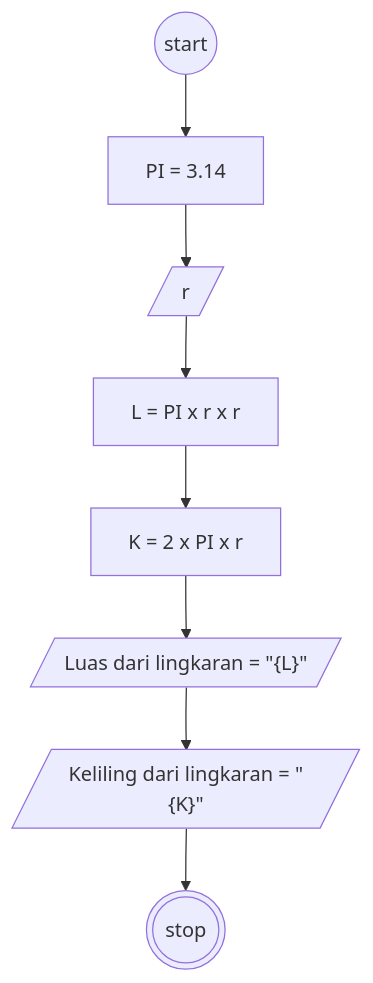
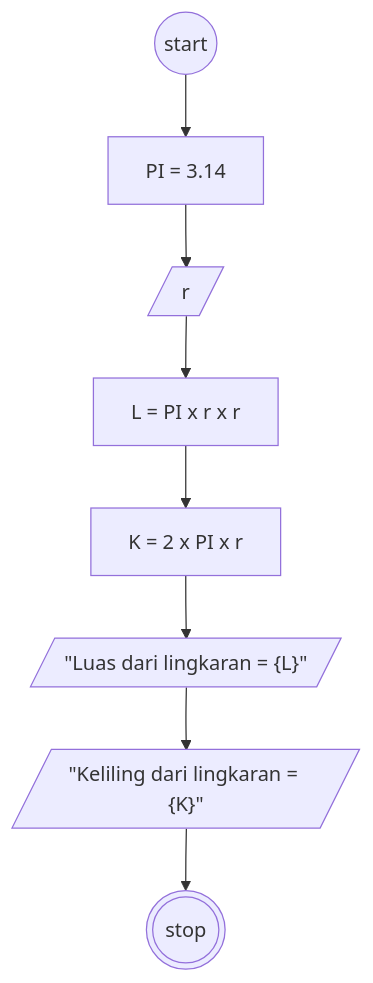
One commit to bildanjhry/Koda-b8-Javascript1 changed the diagram in readme.md. Above: the diagram before and after it, drawn with Mermaid.

````diff
--- a/readme.md
+++ b/readme.md
@@ -6,15 +6,15 @@
 ```mermaid
 flowchart TD
 start@{shape: circle, label: "start"}
 pi@{shape:rect, label: "PI = 3.14" }
 r@{shape: lean-r, label: "r"}
 L@{shape: rect, label: "L = PI x r x r"}
-outL@{shape: lean-r, label : 'Luas dari lingkaran = "{L}"'}
+outL@{shape: lean-r, label : '"Luas dari lingkaran = {L}"'}
 K@{shape: rect, label: "K = 2 x PI x r"}
-outK@{shape: lean-r, label: 'Keliling dari lingkaran = "{K}"'}
+outK@{shape: lean-r, label: '"Keliling dari lingkaran = {K}"'}
 finnish@{shape: double-circle, label: "stop"}
 
 start-->pi-->r-->L-->K-->outL-->outK-->finnish
 
 
 ```
````
